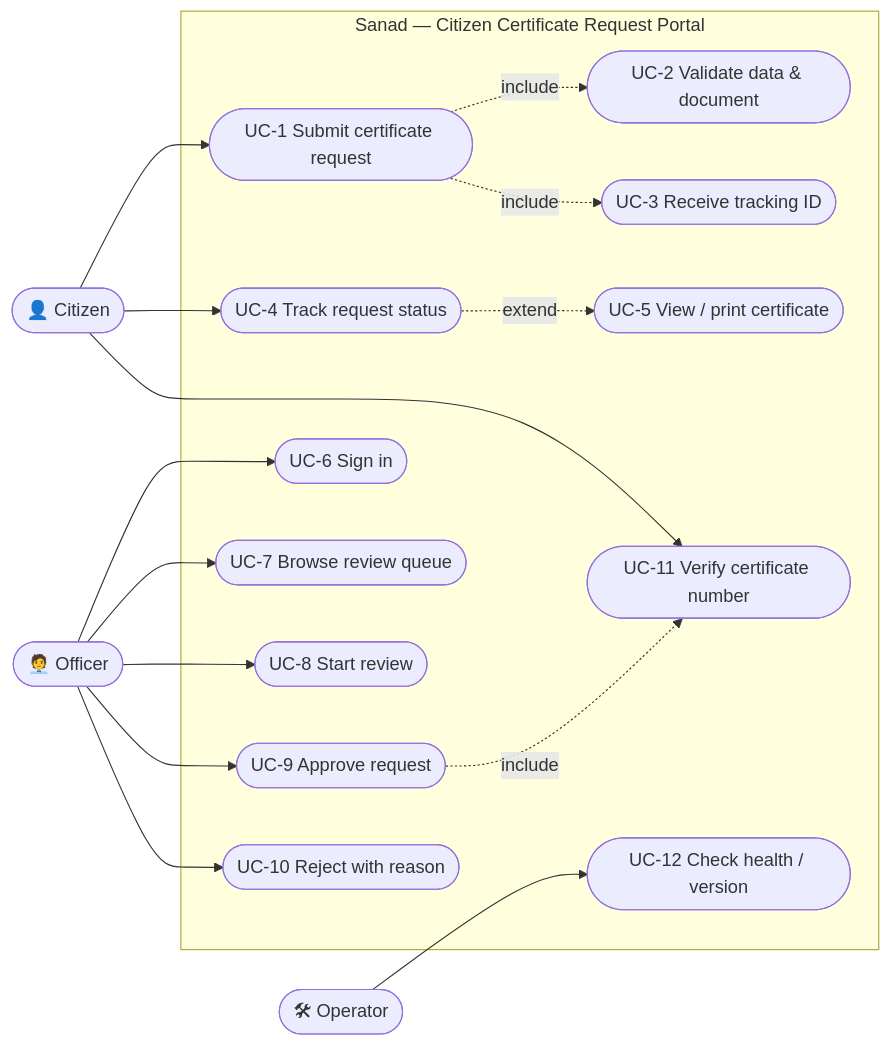
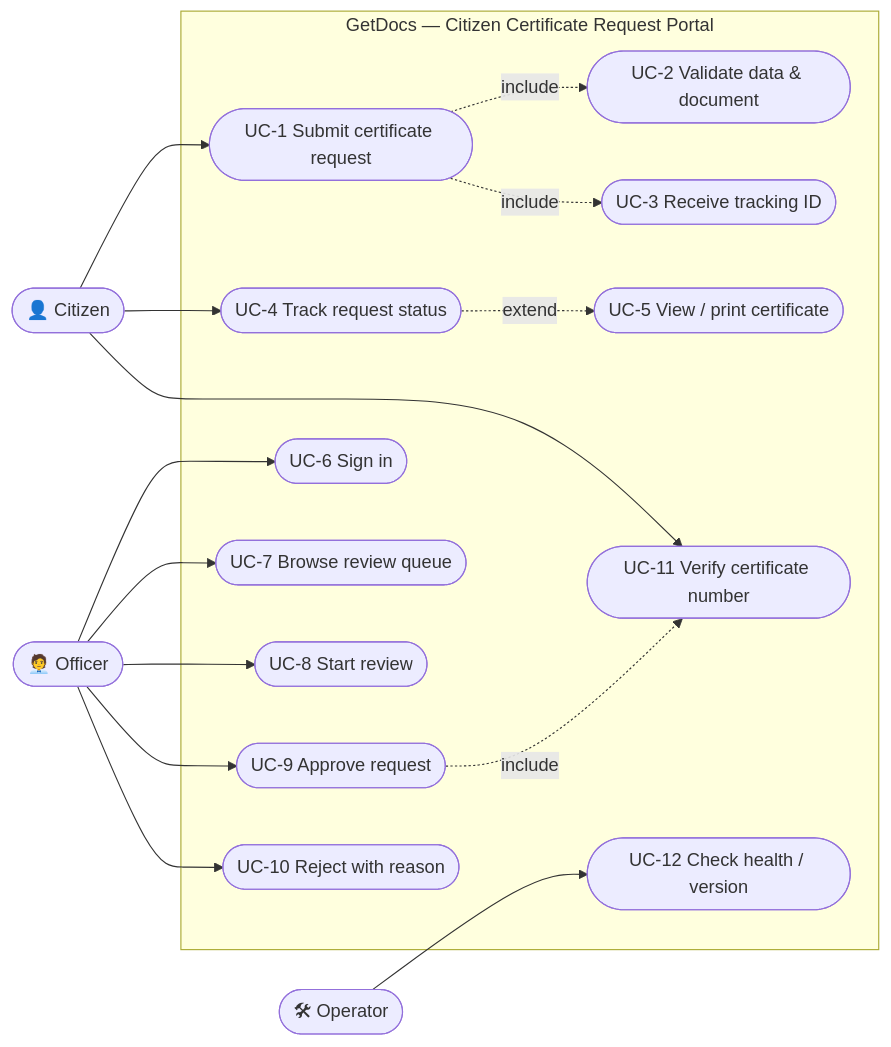
One commit to tanishqbuilds/citizen-certificate-portal changed the first of 5 diagrams in docs/03-srs-architecture.md. Above: the diagram before and after it, drawn with Mermaid. The commit also changed other lines of this file and 30 other files, not shown here.

````diff
--- a/docs/03-srs-architecture.md
+++ b/docs/03-srs-architecture.md
@@ -77,35 +77,35 @@
 ```mermaid
 flowchart LR
     citizen(["👤 Citizen"])
     officer(["🧑‍💼 Officer"])
     operator(["🛠 Operator"])
 
-    subgraph Sanad["Sanad — Citizen Certificate Request Portal"]
+    subgraph GetDocs["GetDocs — Citizen Certificate Request Portal"]
         UC1(["UC-1 Submit certificate request"])
         UC2(["UC-2 Validate data & document"])
         UC3(["UC-3 Receive tracking ID"])
         UC4(["UC-4 Track request status"])
         UC5(["UC-5 View / print certificate"])
         UC6(["UC-6 Sign in"])
         UC7(["UC-7 Browse review queue"])
         UC8(["UC-8 Start review"])
         UC9(["UC-9 Approve request"])
         UC10(["UC-10 Reject with reason"])
         UC11(["UC-11 Verify certificate number"])
         UC12(["UC-12 Check health / version"])
     end
 
     citizen --> UC1
     UC1 -. include .-> UC2
     UC1 -. include .-> UC3
     citizen --> UC4
     UC4 -. extend .-> UC5
     citizen --> UC11
     officer --> UC6
     officer --> UC7
     officer --> UC8
     officer --> UC9
     officer --> UC10
     UC9 -. include .-> UC11
     operator --> UC12
 ```
````
